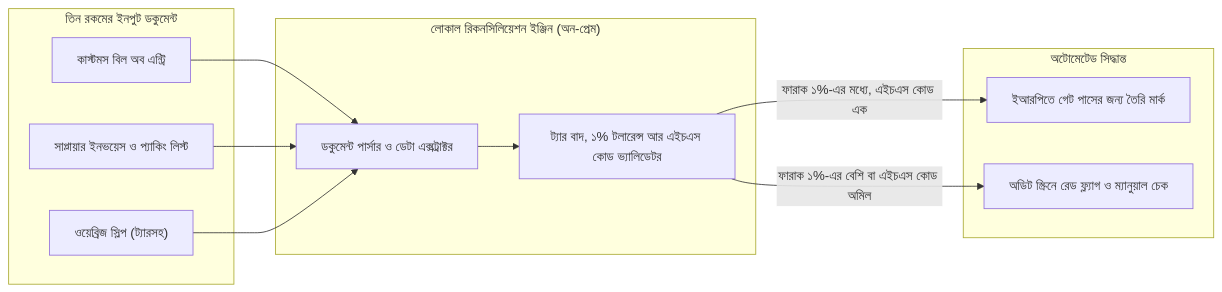
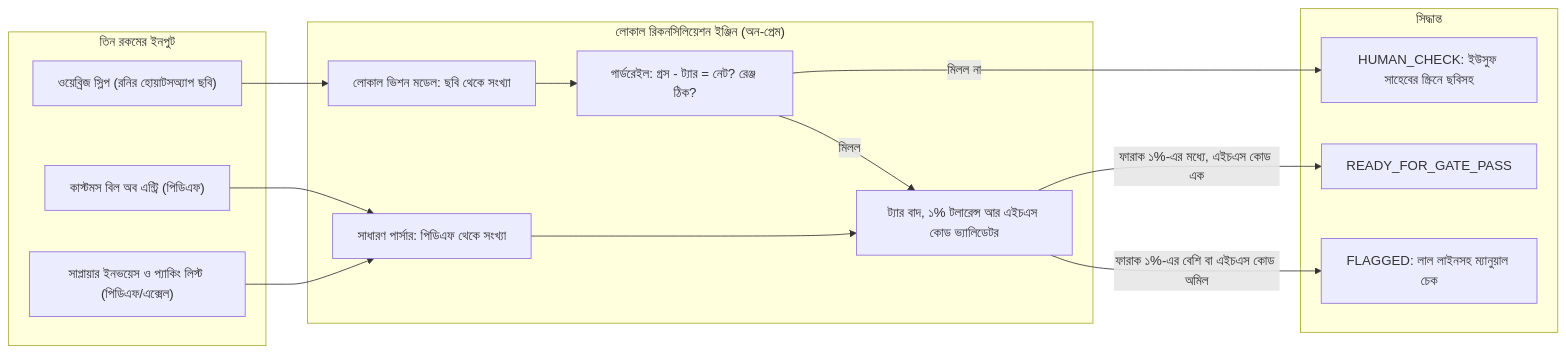
One commit to aiwithr/fde_book changed the second of 2 diagrams in docs/chapter-4/index.md. Above: the diagram before and after it, drawn with Mermaid. The commit also changed other lines of this file and 10 other files, not shown here.

````diff
--- a/docs/chapter-4/index.md
+++ b/docs/chapter-4/index.md
@@ -199,23 +354,27 @@
 ```mermaid
 flowchart LR
-    subgraph Docs["তিন রকমের ইনপুট ডকুমেন্ট"]
-        D1["কাস্টমস বিল অব এন্ট্রি"]
-        D2["সাপ্লায়ার ইনভয়েস ও প্যাকিং লিস্ট"]
-        D3["ওয়েব্রিজ স্লিপ (ট্যারসহ)"]
+    subgraph Docs["তিন রকমের ইনপুট"]
+        D1["কাস্টমস বিল অব এন্ট্রি (পিডিএফ)"]
+        D2["সাপ্লায়ার ইনভয়েস ও প্যাকিং লিস্ট (পিডিএফ/এক্সেল)"]
+        D3["ওয়েব্রিজ স্লিপ (রনির হোয়াটসঅ্যাপ ছবি)"]
     end
 
     subgraph LocalEngine["লোকাল রিকনসিলিয়েশন ইঞ্জিন (অন-প্রেম)"]
-        E1["ডকুমেন্ট পার্সার ও ডেটা এক্সট্রাক্টর"]
+        E0["লোকাল ভিশন মডেল: ছবি থেকে সংখ্যা"]
+        E1["সাধারণ পার্সার: পিডিএফ থেকে সংখ্যা"]
+        G["গার্ডরেইল: গ্রস - ট্যার = নেট? রেঞ্জ ঠিক?"]
         E2["ট্যার বাদ, ১% টলারেন্স আর এইচএস কোড ভ্যালিডেটর"]
 
         D1 --> E1
         D2 --> E1
-        D3 --> E1
+        D3 --> E0 --> G
+        G -- "মিলল" --> E2
         E1 --> E2
     end
 
-    subgraph Result["অটোমেটেড সিদ্ধান্ত"]
-        E2 -- "ফারাক ১%-এর মধ্যে, এইচএস কোড এক" --> R1["ইআরপিতে গেট পাসের জন্য তৈরি মার্ক"]
-        E2 -- "ফারাক ১%-এর বেশি বা এইচএস কোড অমিল" --> R2["অডিট স্ক্রিনে রেড ফ্ল্যাগ ও ম্যানুয়াল চেক"]
+    subgraph Result["সিদ্ধান্ত"]
+        G -- "মিলল না" --> R0["HUMAN_CHECK: ইউসুফ সাহেবের স্ক্রিনে ছবিসহ"]
+        E2 -- "ফারাক ১%-এর মধ্যে, এইচএস কোড এক" --> R1["READY_FOR_GATE_PASS"]
+        E2 -- "ফারাক ১%-এর বেশি বা এইচএস কোড অমিল" --> R2["FLAGGED: লাল লাইনসহ ম্যানুয়াল চেক"]
     end
 ```
````
